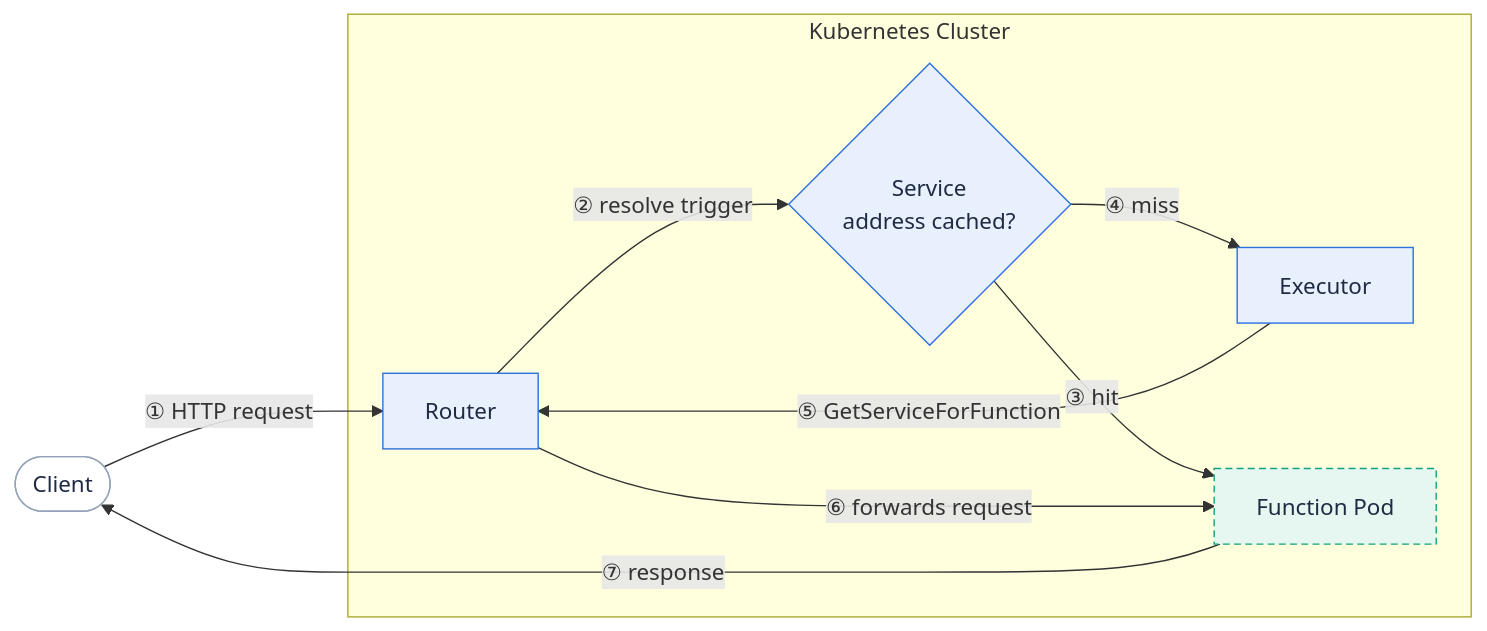
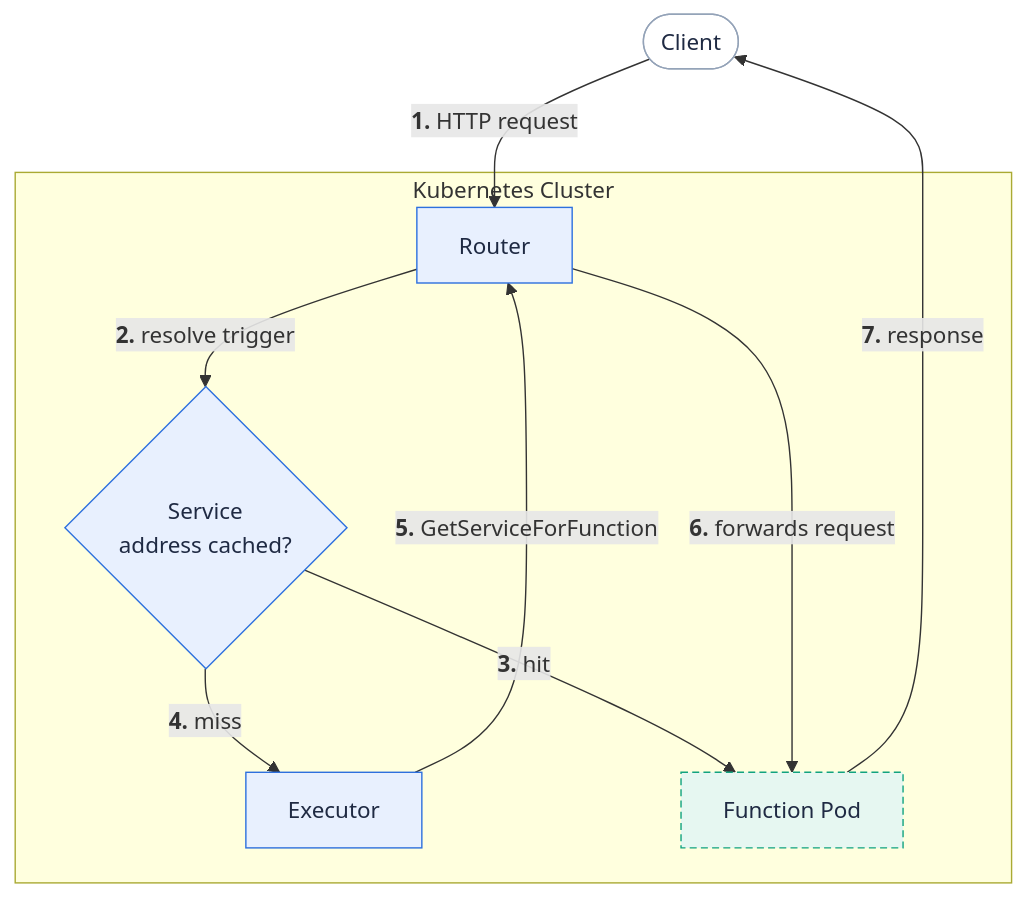
The diagram in content/en/docs/architecture/router.md (fission/fission.io), drawn with Mermaid before and after one commit. The commit also changed 23 other files, not shown here.

First line of the commit message:
Make diagrams readable inline: compact TB layouts, bold crimson step numbers

````diff
--- a/content/en/docs/architecture/router.md
+++ b/content/en/docs/architecture/router.md
@@ -21,20 +21,20 @@
 ```mermaid
-flowchart LR
+flowchart TB
   client(["Client"]):::user
   subgraph k8s["Kubernetes Cluster"]
     router["Router"]:::fission
     cache{"Service<br/>address cached?"}:::fission
     executor["Executor"]:::fission
     fnPod["Function Pod"]:::pod
   end
-  client -->|"① HTTP request"| router
-  router -->|"② resolve trigger"| cache
-  cache -->|"③ hit"| fnPod
-  cache -->|"④ miss"| executor
-  executor -->|"⑤ GetServiceForFunction"| router
-  router -->|"⑥ forwards request"| fnPod
-  fnPod -->|"⑦ response"| client
+  client -->|"<b>1.</b> HTTP request"| router
+  router -->|"<b>2.</b> resolve trigger"| cache
+  cache -->|"<b>3.</b> hit"| fnPod
+  cache -->|"<b>4.</b> miss"| executor
+  executor -->|"<b>5.</b> GetServiceForFunction"| router
+  router -->|"<b>6.</b> forwards request"| fnPod
+  fnPod -->|"<b>7.</b> response"| client
   classDef user fill:#ffffff,stroke:#94a3b8,color:#1f2a43
   classDef fission fill:#e8f0fe,stroke:#2d70de,color:#1f2a43
   classDef pod fill:#e6f7f1,stroke:#11a37f,color:#1f2a43,stroke-dasharray:5 3
 ```
````
